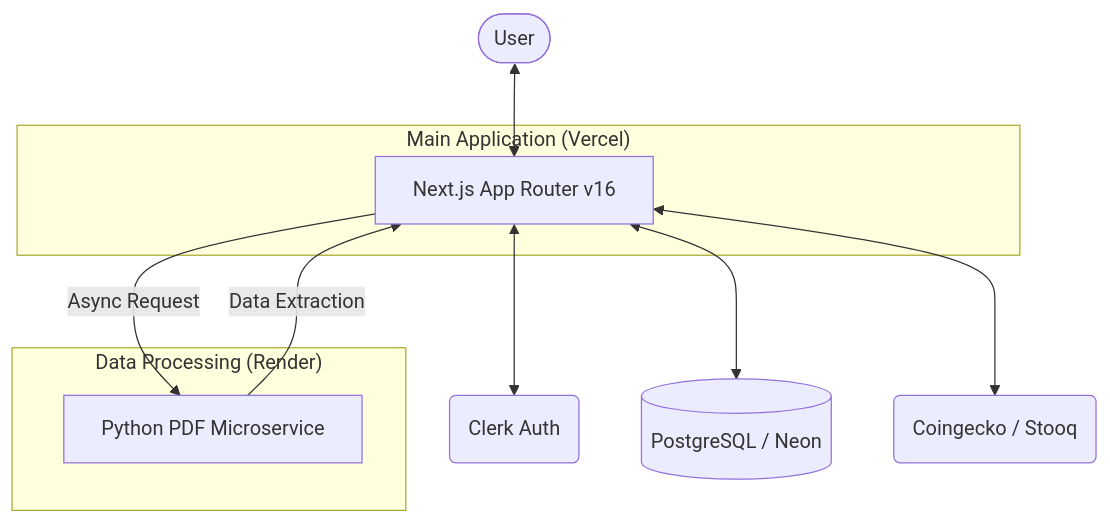
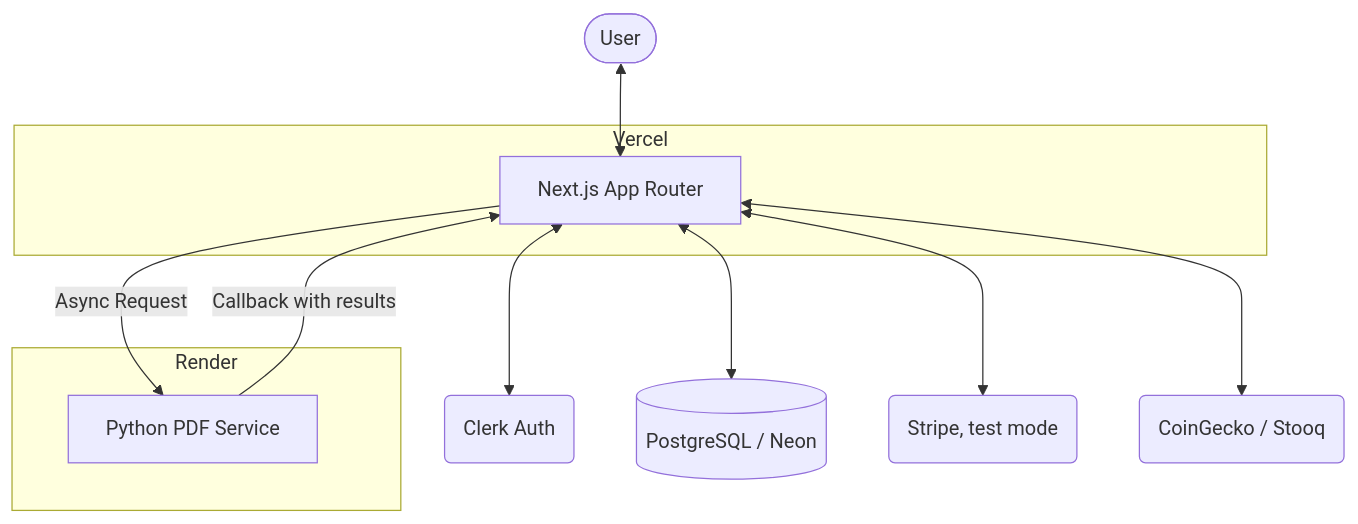
One commit to karroge10/Moneta changed the diagram in README.md. Above: the diagram before and after it, drawn with Mermaid. The commit also changed other lines of this file and 42 other files, not shown here.

````diff
--- a/README.md
+++ b/README.md
@@ -18,17 +10,18 @@
 ```mermaid
 graph TD
-    User([User]) <--> NextApp[Next.js App Router v16]
+    User([User]) <--> NextApp[Next.js App Router]
     NextApp <--> Clerk(Clerk Auth)
     NextApp <--> DB[(PostgreSQL / Neon)]
-    NextApp <--> ExternalData(Coingecko / Stooq)
-    NextApp -- Async Request --> PythonSvc[Python PDF Microservice]
-    PythonSvc -- Data Extraction --> NextApp
-    
-    subgraph "Main Application (Vercel)"
+    NextApp <--> Stripe(Stripe, test mode)
+    NextApp <--> ExternalData(CoinGecko / Stooq)
+    NextApp -- Async Request --> PythonSvc[Python PDF Service]
+    PythonSvc -- Callback with results --> NextApp
+
+    subgraph "Vercel"
         NextApp
     end
 
-    subgraph "Data Processing (Render)"
+    subgraph "Render"
         PythonSvc
     end
 ```
````
